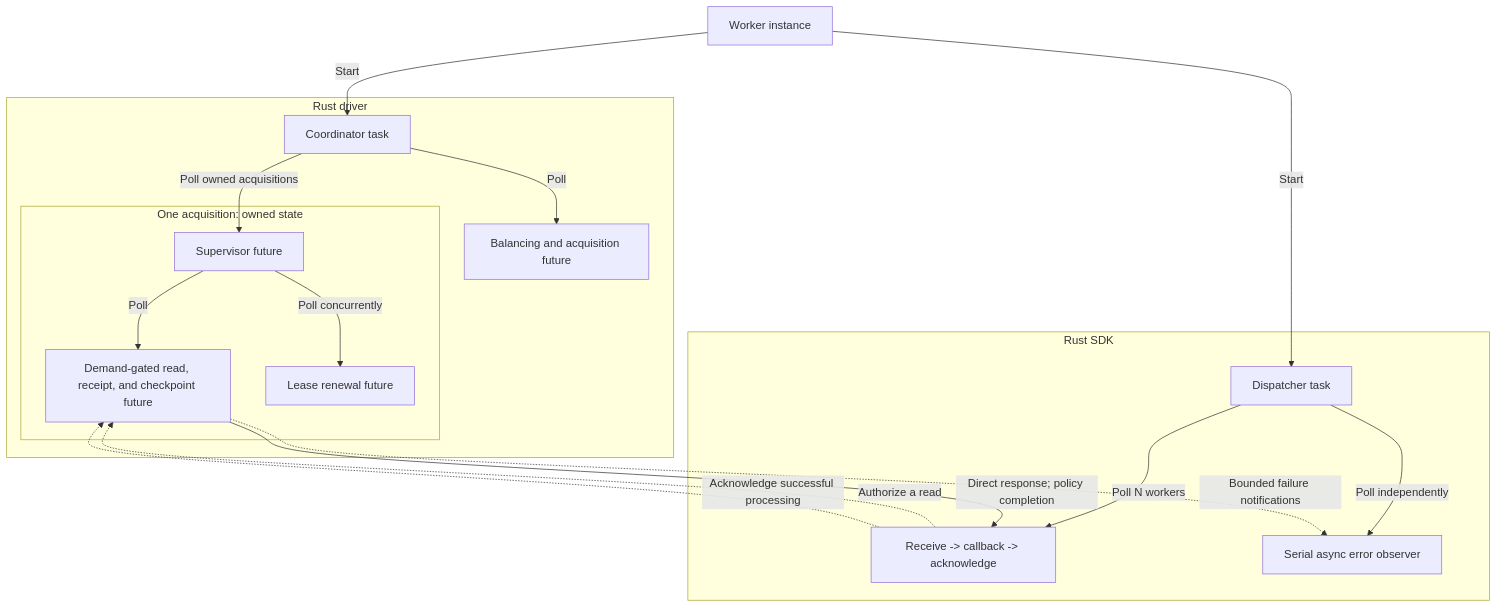
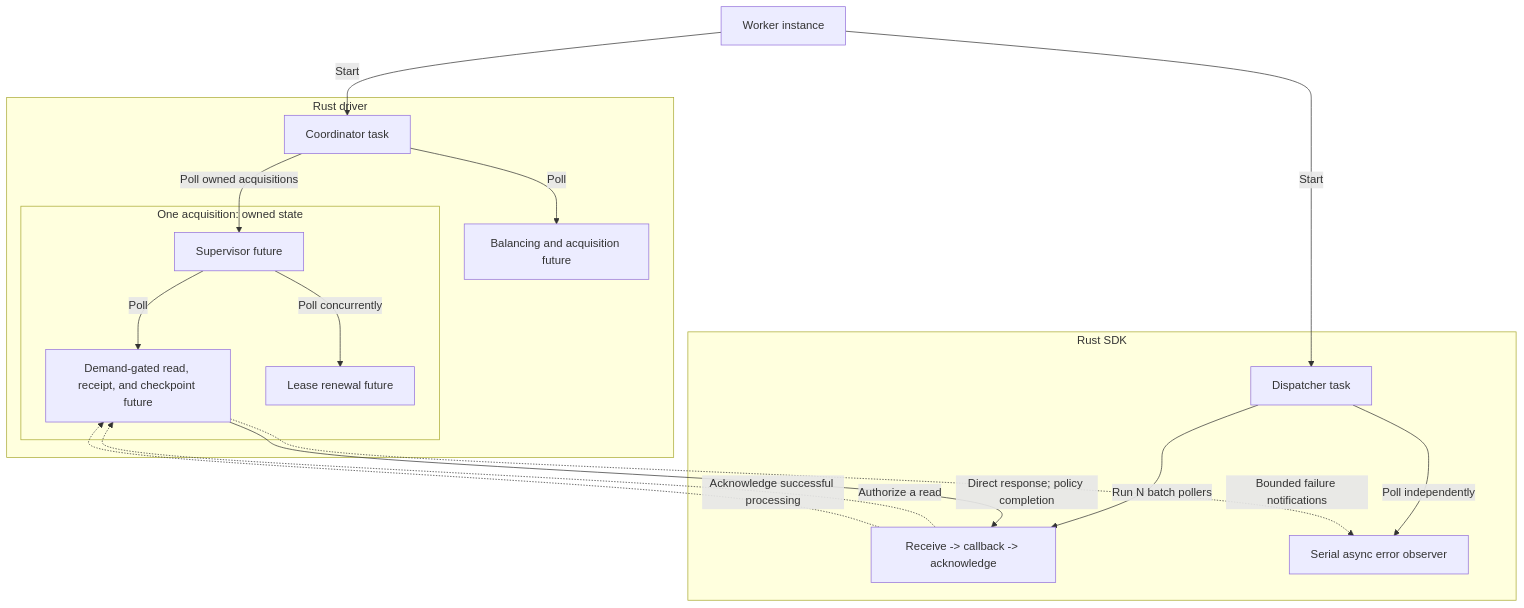
One commit to Azure/azure-sdk-for-rust changed the fifth of 9 diagrams in sdk/cosmos/docs/specs/0030-change-feed-processor.md. Above: the diagram before and after it, drawn with Mermaid. The commit also changed other lines of this file and 16 other files, not shown here.

````diff
--- a/sdk/cosmos/docs/specs/0030-change-feed-processor.md
+++ b/sdk/cosmos/docs/specs/0030-change-feed-processor.md
@@ -1150,21 +1170,21 @@
 ```mermaid
 flowchart TD
     Worker["Worker instance"] -->|Start| Coordinator
     Worker -->|Start| Dispatcher
     subgraph Driver["Rust driver"]
         Coordinator["Coordinator task"] -->|Poll| Balance["Balancing and acquisition future"]
         Coordinator -->|Poll owned acquisitions| Leases
         subgraph Acquisition["One acquisition: owned state"]
             Leases["Supervisor future"] -->|Poll| Poll["Demand-gated read, receipt, and checkpoint future"]
             Leases -->|Poll concurrently| Renew["Lease renewal future"]
         end
     end
     subgraph SDK["Rust SDK"]
-        Dispatcher["Dispatcher task"] -->|Poll N workers| Receive["Receive -> callback -> acknowledge"]
+        Dispatcher["Dispatcher task"] -->|Run N batch pollers| Receive["Receive -> callback -> acknowledge"]
         Dispatcher -->|Poll independently| Errors["Serial async error observer"]
     end
     Receive -.->|Authorize a read| Poll
     Poll -->|Direct response; policy completion| Receive
     Receive -.->|Acknowledge successful processing| Poll
     Poll -.->|Bounded failure notifications| Errors
 ```
````
